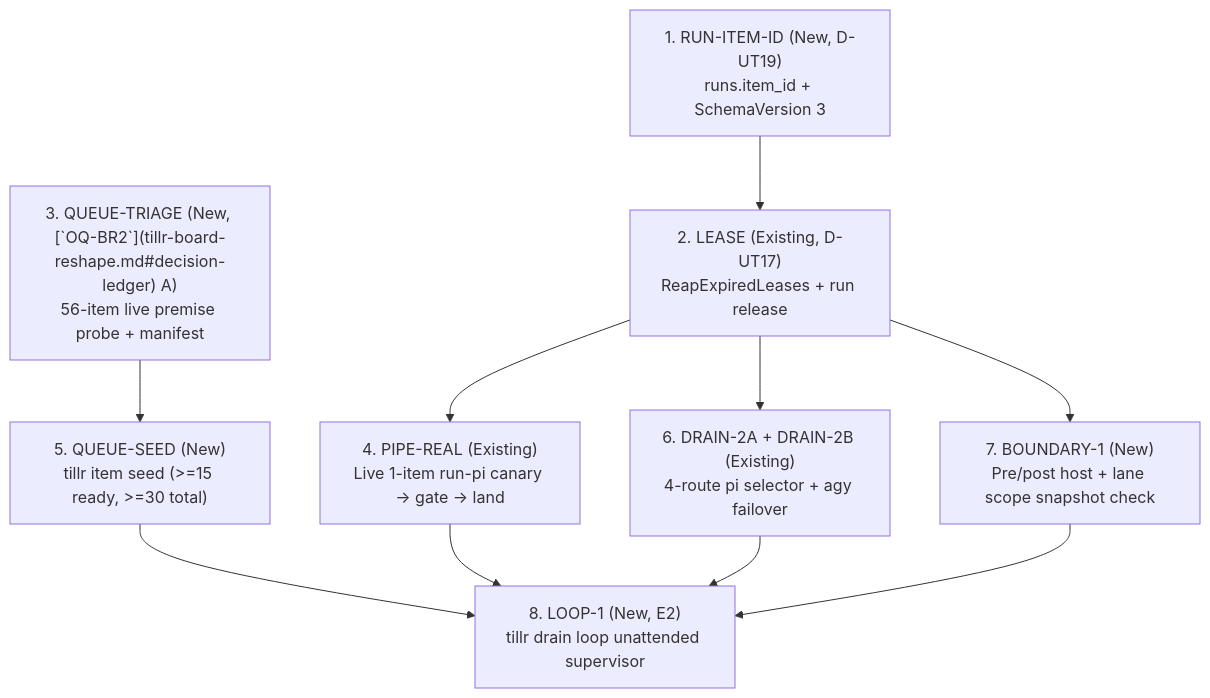
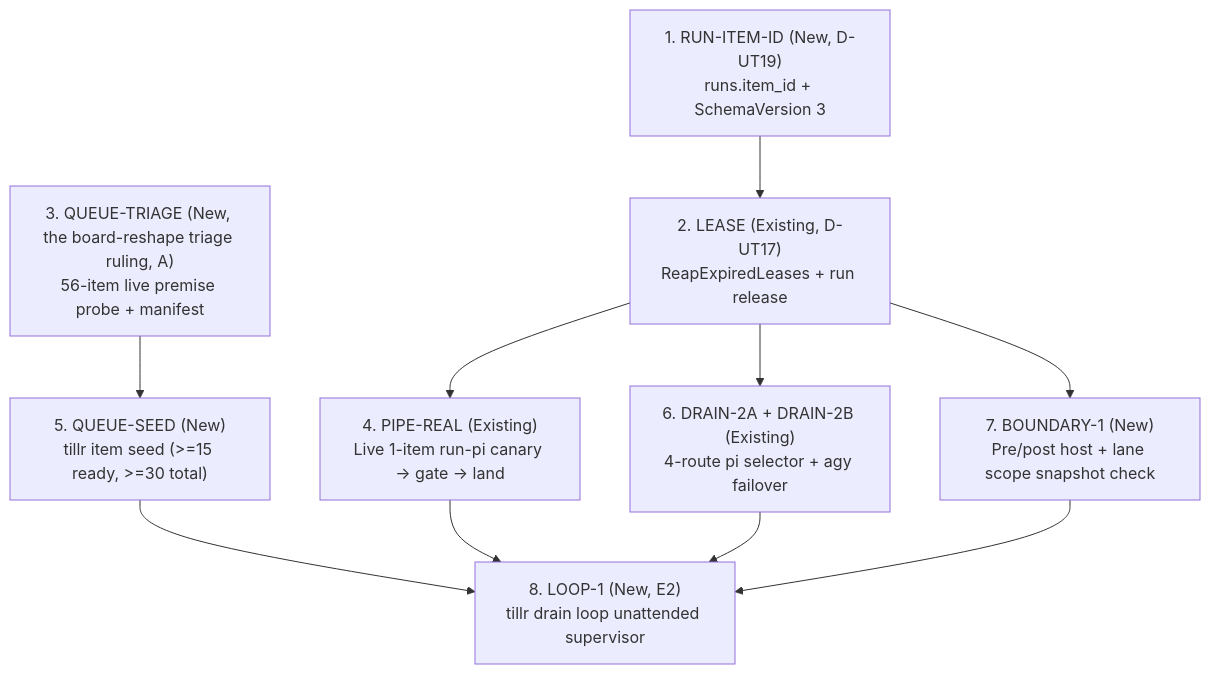
Before and after one commit to mschulkind-oss/tillr: the diagram in docs/design/tillr-day2.md, drawn with Mermaid. The commit also changed other lines of this file and 4 other files, not shown here.

Commit message:
docs(tillr): retire the superseded design tillr-board-reshape

````diff
--- a/docs/design/tillr-day2.md
+++ b/docs/design/tillr-day2.md
@@ -46,21 +46,21 @@
 ```mermaid
 flowchart TD
   DUT19["1. RUN-ITEM-ID (New, D-UT19)<br/>runs.item_id + SchemaVersion 3"]
   LEASE["2. LEASE (Existing, D-UT17)<br/>ReapExpiredLeases + run release"]
-  TRIAGE["3. QUEUE-TRIAGE (New, [`OQ-BR2`](tillr-board-reshape.md#decision-ledger) A)<br/>56-item live premise probe + manifest"]
+  TRIAGE["3. QUEUE-TRIAGE (New, the board-reshape triage ruling, A)<br/>56-item live premise probe + manifest"]
   CANARY["4. PIPE-REAL (Existing)<br/>Live 1-item run-pi canary -> gate -> land"]
   SEED["5. QUEUE-SEED (New)<br/>tillr item seed (>=15 ready, >=30 total)"]
   DRAIN2["6. DRAIN-2A + DRAIN-2B (Existing)<br/>4-route pi selector + agy failover"]
   BOUND["7. BOUNDARY-1 (New)<br/>Pre/post host + lane scope snapshot check"]
   LOOP["8. LOOP-1 (New, E2)<br/>tillr drain loop unattended supervisor"]
 
   DUT19 --> LEASE
   LEASE --> CANARY
   LEASE --> DRAIN2
   LEASE --> BOUND
   TRIAGE --> SEED
   SEED --> LOOP
   CANARY --> LOOP
   DRAIN2 --> LOOP
   BOUND --> LOOP
 ```
````
